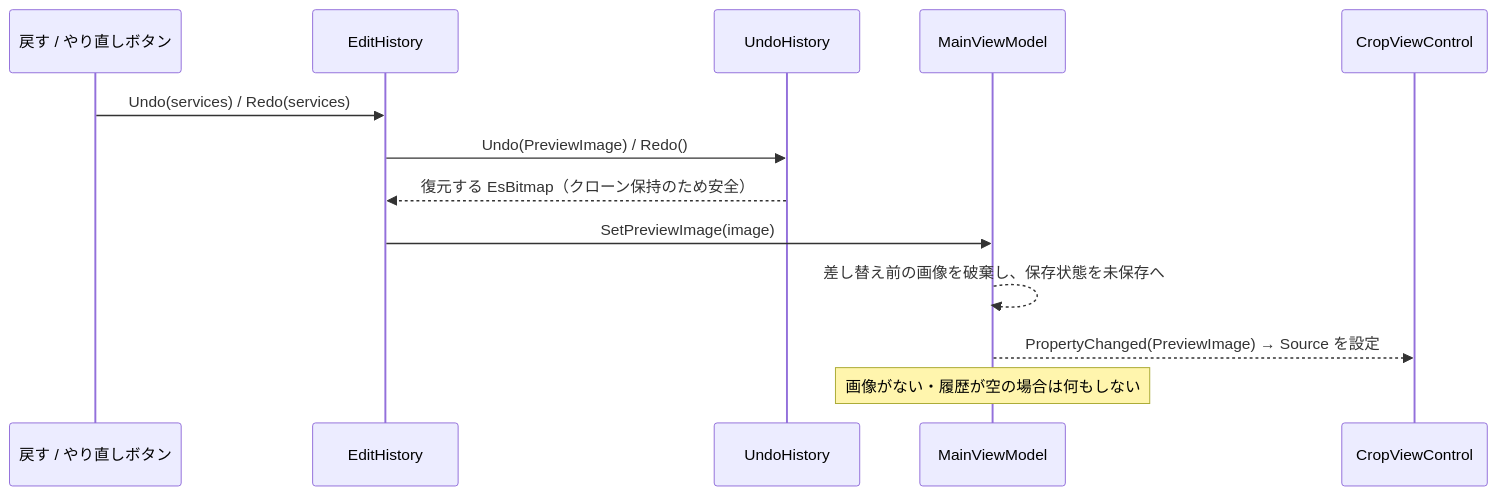
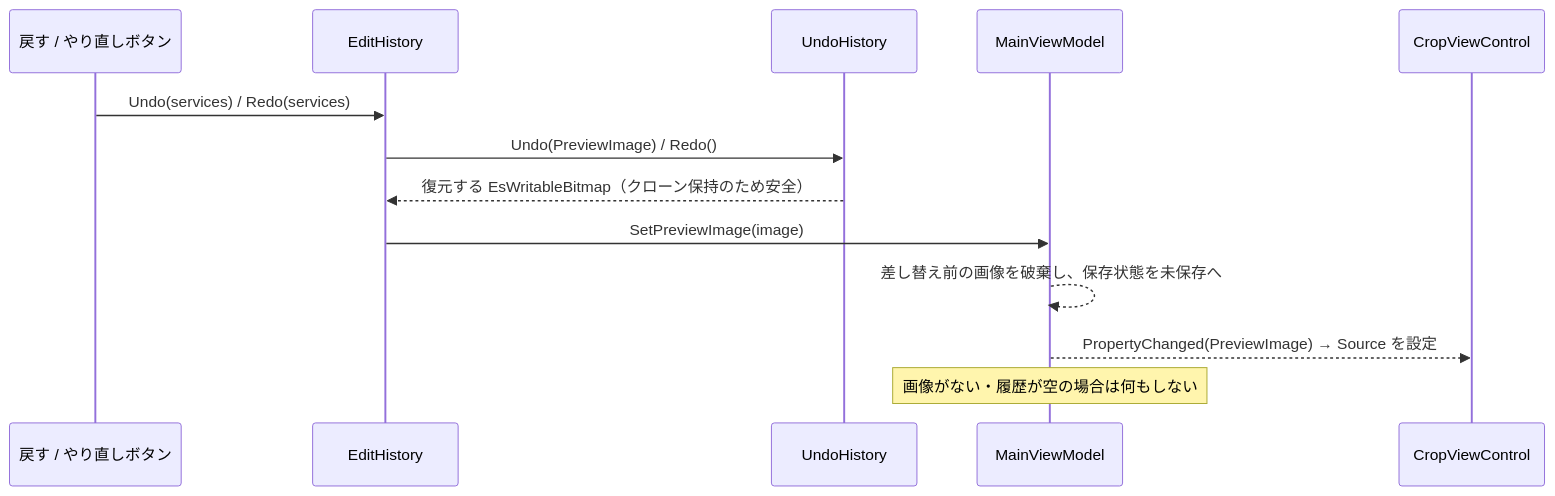
Before and after one commit to tomokuni/SaveEvidence: the seventh of 12 diagrams in src/App.MewUI/docs/SPEC_System.md, drawn with Mermaid. The commit also changed other lines of this file and 33 other files, not shown here.

````diff
--- a/src/App.MewUI/docs/SPEC_System.md
+++ b/src/App.MewUI/docs/SPEC_System.md
@@ -465,16 +465,16 @@
 ```mermaid
 sequenceDiagram
     participant BTN as 戻す / やり直しボタン
     participant EH as EditHistory
     participant US as UndoHistory
     participant VM as MainViewModel
     participant CV as CropViewControl
 
     BTN->>EH: Undo(services) / Redo(services)
     EH->>US: Undo(PreviewImage) / Redo()
-    US-->>EH: 復元する EsBitmap（クローン保持のため安全）
+    US-->>EH: 復元する EsWritableBitmap（クローン保持のため安全）
     EH->>VM: SetPreviewImage(image)
     VM-->>VM: 差し替え前の画像を破棄し、保存状態を未保存へ
     VM-->>CV: PropertyChanged(PreviewImage) → Source を設定
     Note over VM: 画像がない・履歴が空の場合は何もしない
 ```
````
